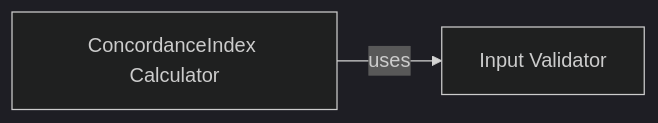
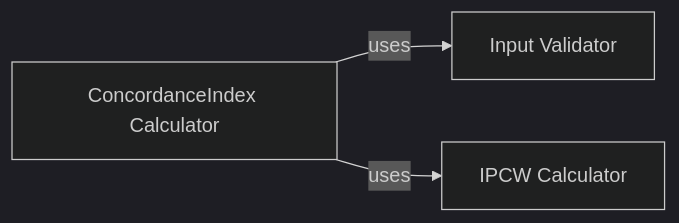
One commit to CodeBoarding/GeneratedOnBoardings changed the diagram in torchsurv/ConcordanceIndex.md. Above: the diagram before and after it, drawn with Mermaid (dark theme). The commit also changed other lines of this file and 39 other files, not shown here.

````diff
--- a/torchsurv/ConcordanceIndex.md
+++ b/torchsurv/ConcordanceIndex.md
@@ -1,7 +1,10 @@
 ```mermaid
 graph LR
     ConcordanceIndex_Calculator["ConcordanceIndex Calculator"]
     Input_Validator["Input Validator"]
+    IPCW_Calculator["IPCW Calculator"]
     ConcordanceIndex_Calculator -- "uses" --> Input_Validator
+    ConcordanceIndex_Calculator -- "uses" --> IPCW_Calculator
     click ConcordanceIndex_Calculator href "https://github.com/CodeBoarding/GeneratedOnBoardings/blob/main/torchsurv/ConcordanceIndex_Calculator.md" "Details"
+    click IPCW_Calculator href "https://github.com/CodeBoarding/GeneratedOnBoardings/blob/main/torchsurv/IPCW_Calculator.md" "Details"
 ```
````
